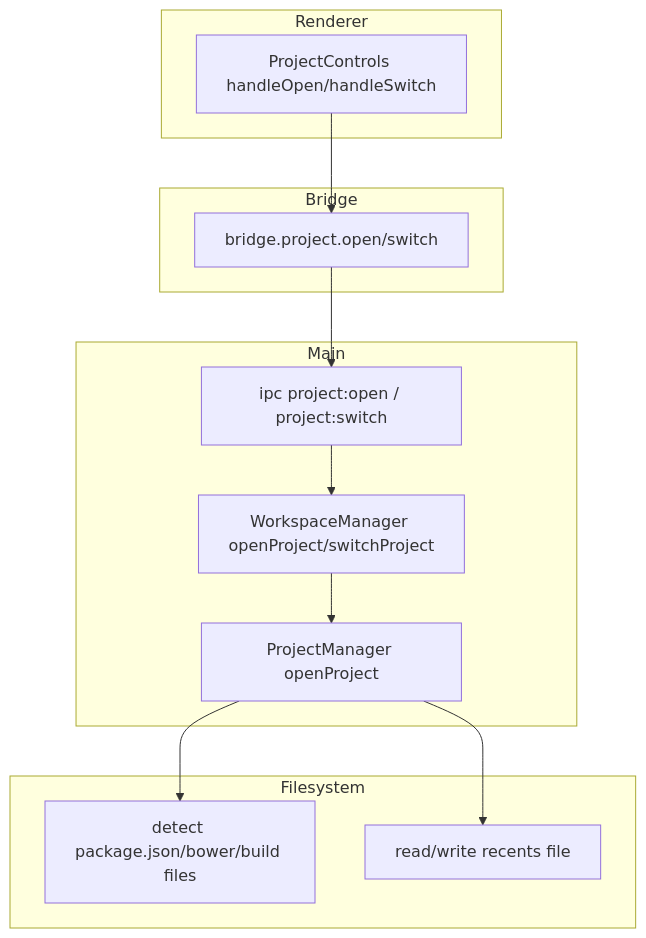
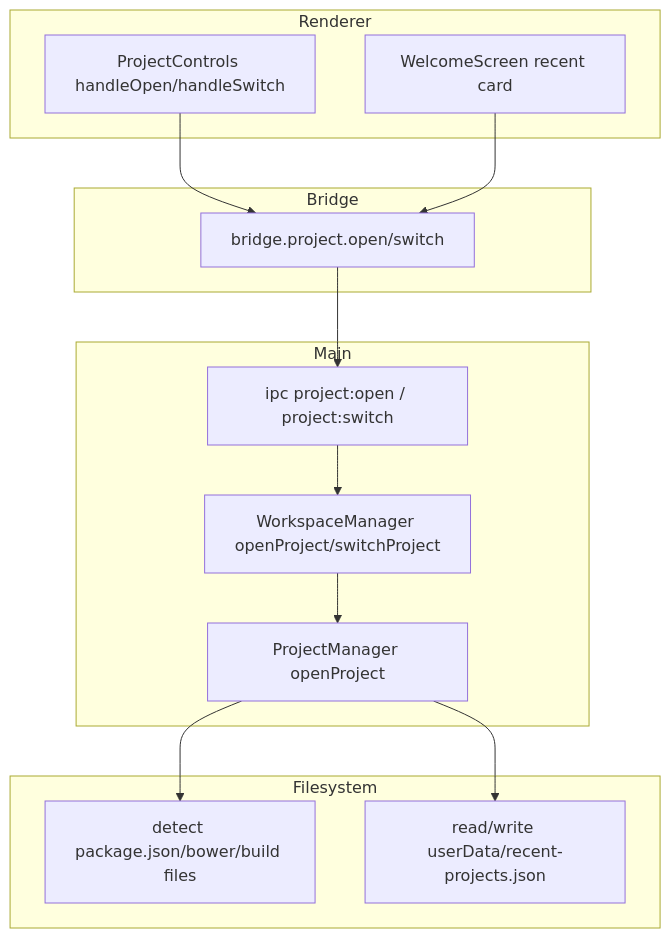
One commit to afreedhj-24057/biginVibe changed the fourth of 19 diagrams in docs/BIGINVIBE_WORKING_FLOW.md. Above: the diagram before and after it, drawn with Mermaid. The commit also changed other lines of this file and 25 other files, not shown here.

````diff
--- a/docs/BIGINVIBE_WORKING_FLOW.md
+++ b/docs/BIGINVIBE_WORKING_FLOW.md
@@ -124,20 +134,22 @@
 ```mermaid
 flowchart TD
   subgraph Renderer
     R1[ProjectControls handleOpen/handleSwitch]
+    R2[WelcomeScreen recent card]
   end
   subgraph Bridge
     B1[bridge.project.open/switch]
   end
   subgraph Main
     M1[ipc project:open / project:switch]
     M2[WorkspaceManager openProject/switchProject]
     M3[ProjectManager openProject]
   end
   subgraph Filesystem
     F1[detect package.json/bower/build files]
-    F2[read/write recents file]
+    F2[read/write userData/recent-projects.json]
   end
   R1 --> B1 --> M1 --> M2 --> M3 --> F1
+  R2 --> B1
   M3 --> F2
 ```
````
